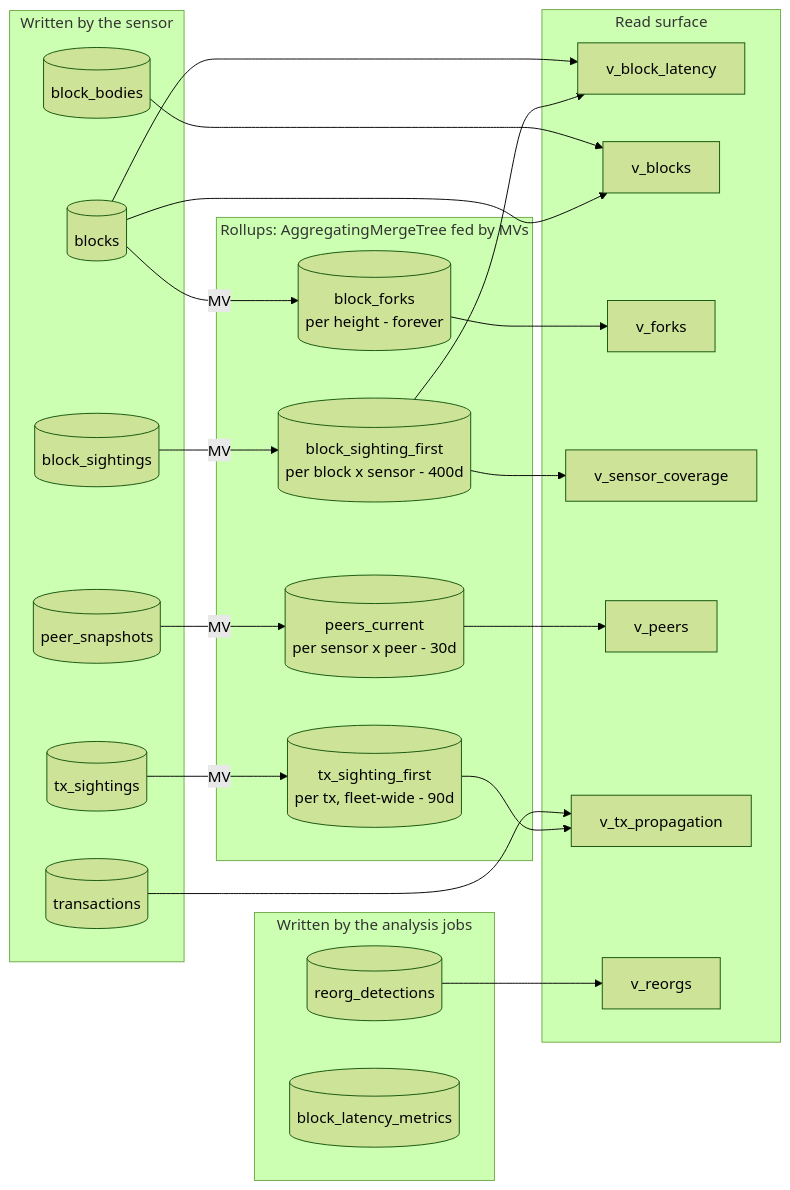
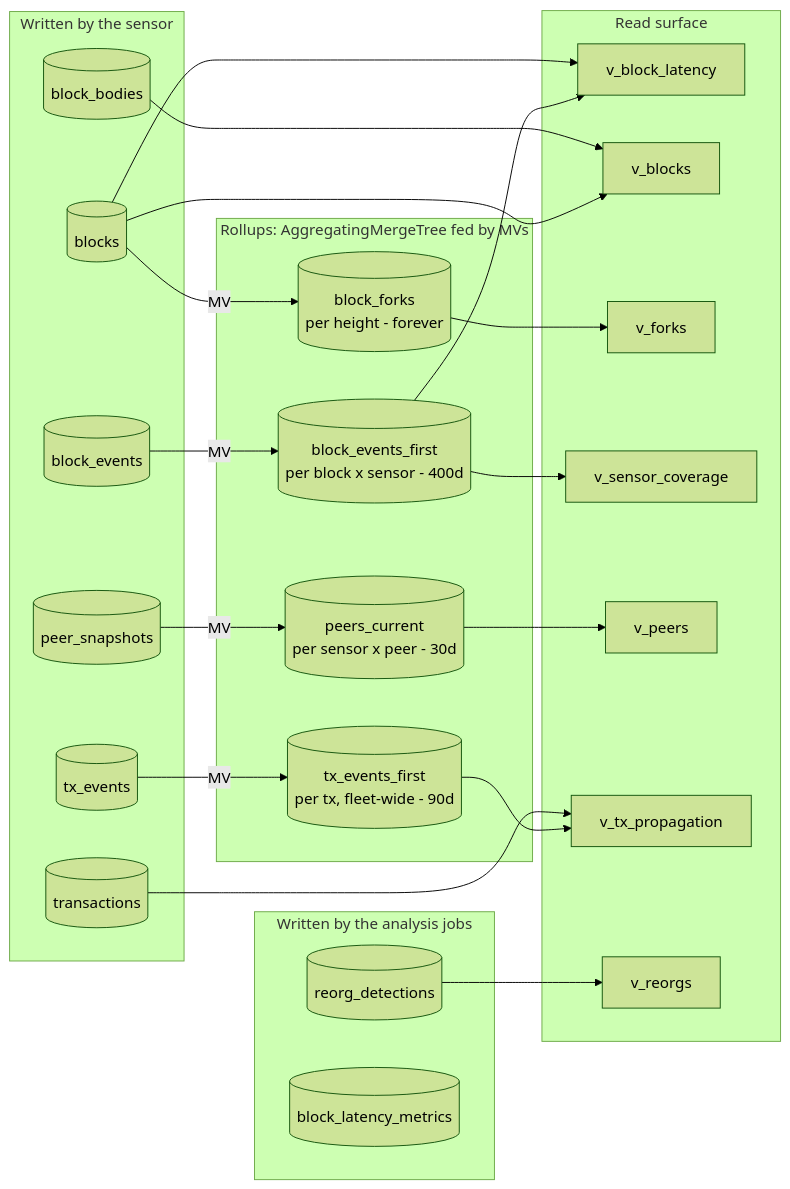
The second of 2 diagrams in cmd/p2p/sensor/schema-clickhouse.md (0xPolygon/polygon-cli), drawn with Mermaid (forest theme) before and after one commit. The commit also changed other lines of this file and 8 other files, not shown here.

````diff
--- a/cmd/p2p/sensor/schema-clickhouse.md
+++ b/cmd/p2p/sensor/schema-clickhouse.md
@@ -176,53 +181,53 @@
 ```mermaid
 flowchart LR
     subgraph sensor["Written by the sensor"]
-        BS[(block_sightings)]
-        TS[(tx_sightings)]
+        BS[(block_events)]
+        TS[(tx_events)]
         PS[(peer_snapshots)]
         BL[(blocks)]
         BB[(block_bodies)]
         TX[(transactions)]
     end
 
     subgraph jobs["Written by the analysis jobs"]
         RD[(reorg_detections)]
         BLM[(block_latency_metrics)]
     end
 
     subgraph rollups["Rollups: AggregatingMergeTree fed by MVs"]
-        BSF[("block_sighting_first
+        BSF[("block_events_first
         per block x sensor - 400d")]
-        TSF[("tx_sighting_first
+        TSF[("tx_events_first
         per tx, fleet-wide - 90d")]
         BF[("block_forks
         per height - forever")]
         PC[("peers_current
         per sensor x peer - 30d")]
     end
 
     subgraph views["Read surface"]
         VBL[v_block_latency]
         VB[v_blocks]
         VF[v_forks]
         VSC[v_sensor_coverage]
         VP[v_peers]
         VTP[v_tx_propagation]
         VR[v_reorgs]
     end
 
     BS -->|MV| BSF
     TS -->|MV| TSF
     BL -->|MV| BF
     PS -->|MV| PC
 
     BSF --> VBL
     BL --> VBL
     BSF --> VSC
     BF --> VF
     PC --> VP
     TSF --> VTP
     TX --> VTP
     BL --> VB
     BB --> VB
     RD --> VR
 ```
````
